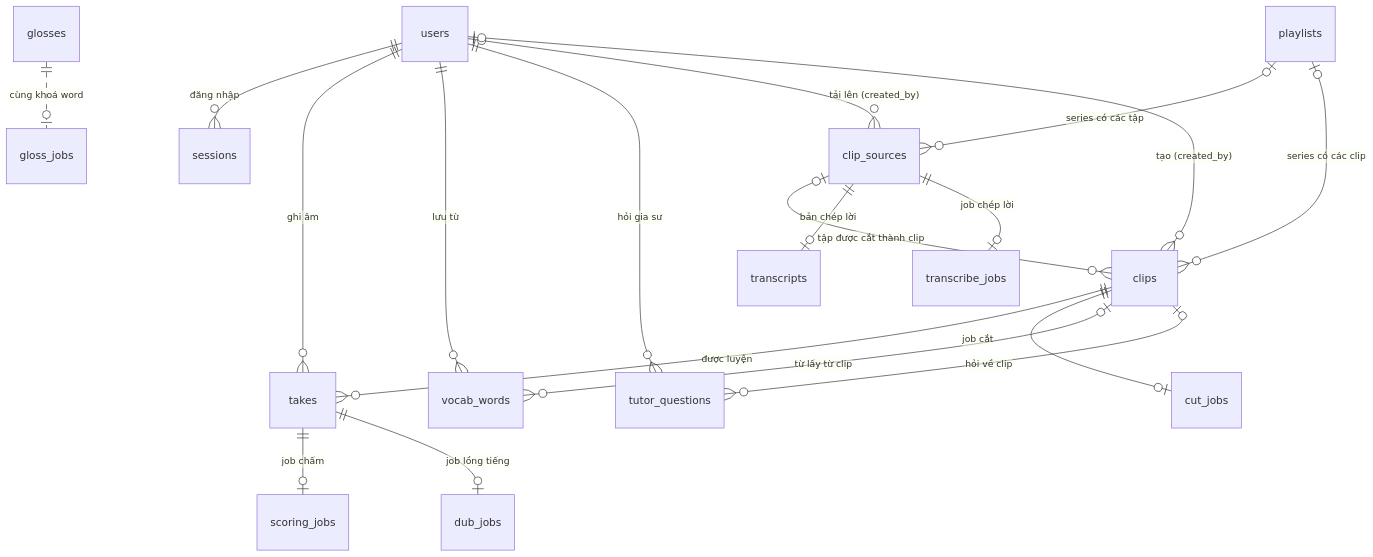
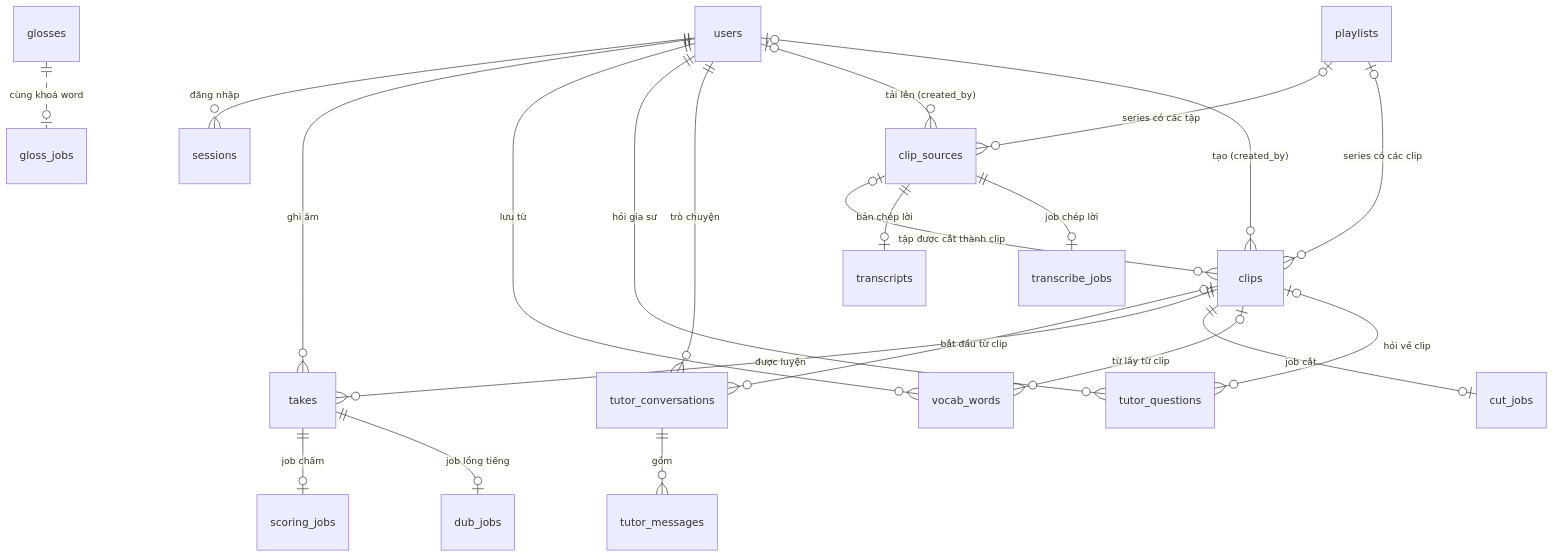
Before and after one commit to mjmpro01/shadowline-english: the second of 7 diagrams in docs/ARCHITECTURE.md, drawn with Mermaid. The commit also changed other lines of this file and 17 other files, not shown here.

````diff
--- a/docs/ARCHITECTURE.md
+++ b/docs/ARCHITECTURE.md
@@ -275,25 +276,28 @@
 ```mermaid
 erDiagram
   users ||--o{ sessions : "đăng nhập"
   users ||--o{ takes : "ghi âm"
   users ||--o{ vocab_words : "lưu từ"
   users ||--o{ tutor_questions : "hỏi gia sư"
+  users ||--o{ tutor_conversations : "trò chuyện"
+  tutor_conversations ||--o{ tutor_messages : "gồm"
+  clips |o--o{ tutor_conversations : "bắt đầu từ clip"
   users |o--o{ clip_sources : "tải lên (created_by)"
   users |o--o{ clips : "tạo (created_by)"
 
   playlists |o--o{ clip_sources : "series có các tập"
   playlists |o--o{ clips : "series có các clip"
   clip_sources |o--o{ clips : "tập được cắt thành clip"
   clip_sources ||--o| transcripts : "bản chép lời"
   clip_sources ||--o| transcribe_jobs : "job chép lời"
 
   clips ||--o{ takes : "được luyện"
   clips ||--o| cut_jobs : "job cắt"
   clips |o--o{ vocab_words : "từ lấy từ clip"
   clips |o--o{ tutor_questions : "hỏi về clip"
 
   takes ||--o| scoring_jobs : "job chấm"
   takes ||--o| dub_jobs : "job lồng tiếng"
 
   glosses ||..o| gloss_jobs : "cùng khoá word"
 ```
````
